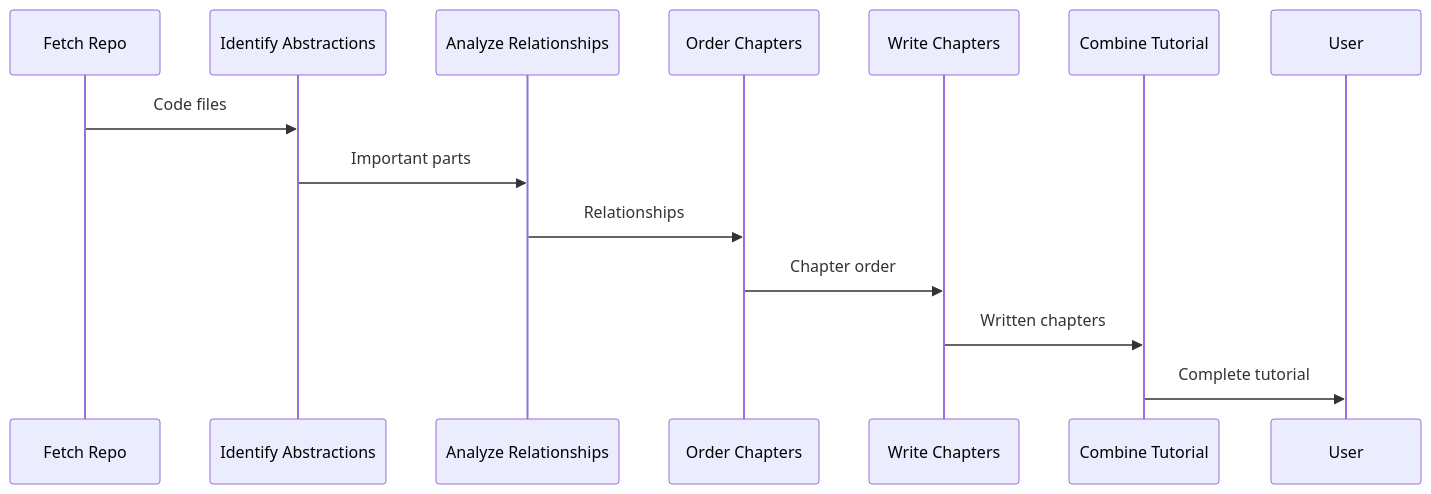
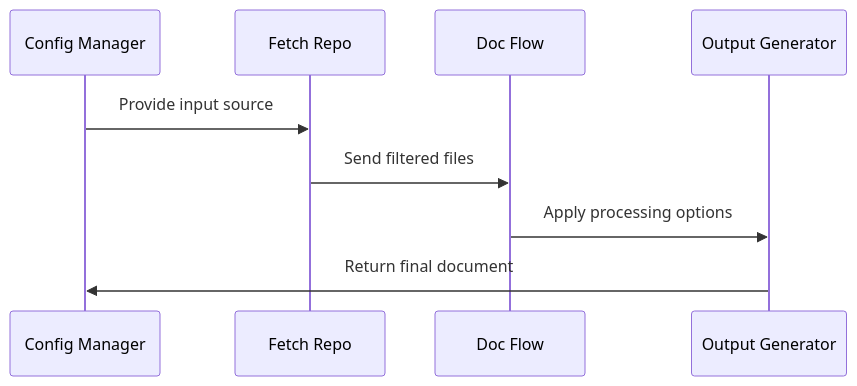
One commit to dygavieta/NewRepo changed the fourth of 9 diagrams in README.md. Above: the diagram before and after it, drawn with Mermaid. The commit also changed other lines of this file, not shown here.

````diff
--- a/README.md
+++ b/README.md
@@ -269,16 +313,12 @@
 ```mermaid
 sequenceDiagram
+    participant CM as Config Manager
     participant FR as Fetch Repo
-    participant IA as Identify Abstractions
-    participant AR as Analyze Relationships
-    participant OC as Order Chapters
-    participant WC as Write Chapters
-    participant CT as Combine Tutorial
+    participant DF as Doc Flow
+    participant OG as Output Generator
 
-    FR->>IA: Code files
-    IA->>AR: Important parts
-    AR->>OC: Relationships
-    OC->>WC: Chapter order
-    WC->>CT: Written chapters
-    CT->>User: Complete tutorial
+    CM->>FR: Provide input source
+    FR->>DF: Send filtered files
+    DF->>OG: Apply processing options
+    OG->>CM: Return final document
 ```
````
